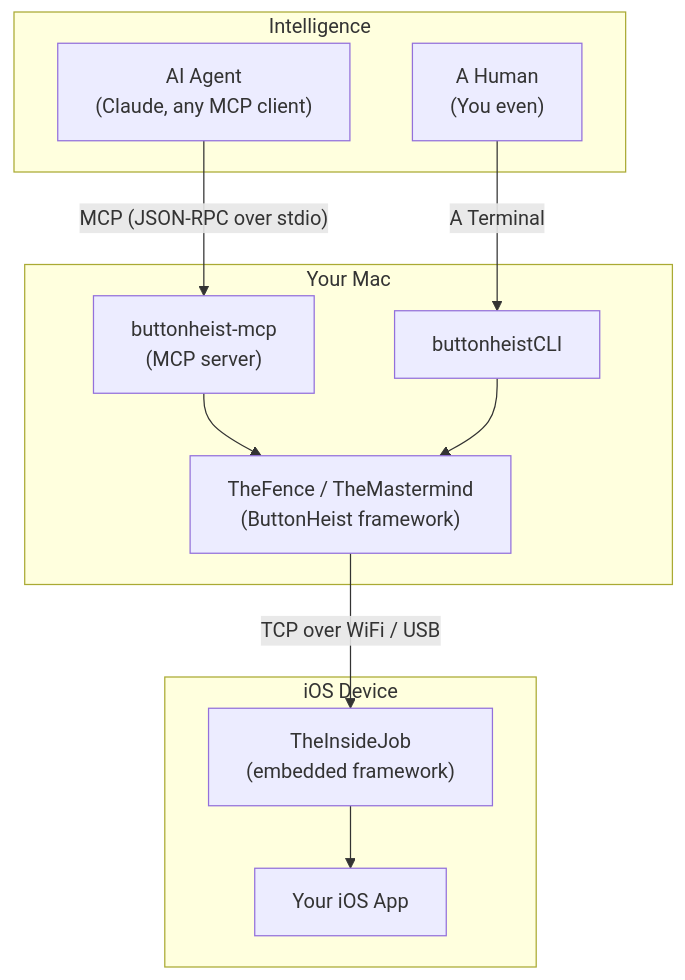
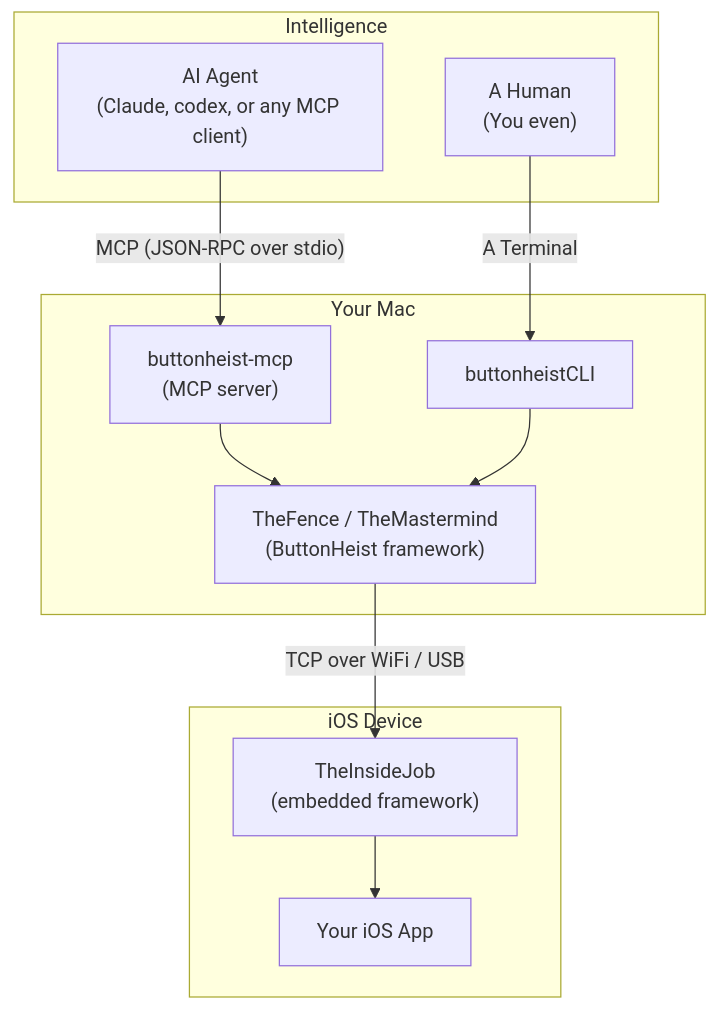
One commit to RoyalPineapple/TheButtonHeist changed the diagram in README.md. Above: the diagram before and after it, drawn with Mermaid. The commit also changed other lines of this file, not shown here.

````diff
--- a/README.md
+++ b/README.md
@@ -55,34 +55,34 @@
 ```mermaid
 %% If you can read this, the diagram isn't rendering. Try github.com in a browser.
 graph TD
-    AI["AI Agent<br/>(Claude, any MCP client)"]
+    AI["AI Agent<br/>(Claude, codex, or any MCP client)"]
     HUMAN["A Human<br/> (You even)"]
     MCP["buttonheist-mcp<br/>(MCP server)"]
     CLI["buttonheistCLI"]
     Client["TheFence / TheMastermind<br/>(ButtonHeist framework)"]
     IJ["TheInsideJob<br/>(embedded framework)"]
     App["Your iOS App"]
 
     AI -->|"MCP (JSON-RPC over stdio)"| MCP
     MCP --> Client
     HUMAN -->|"A Terminal"| CLI
     CLI --> Client
     Client -->|"TCP over WiFi / USB"| IJ
     IJ --> App
 
     subgraph Intelligence["Intelligence"]
         HUMAN
         AI
     end
 
     subgraph Mac["Your Mac"]
         MCP
         CLI
         Client
     end
 
     subgraph Device["iOS Device"]
         IJ
         App
     end
 ```
````
